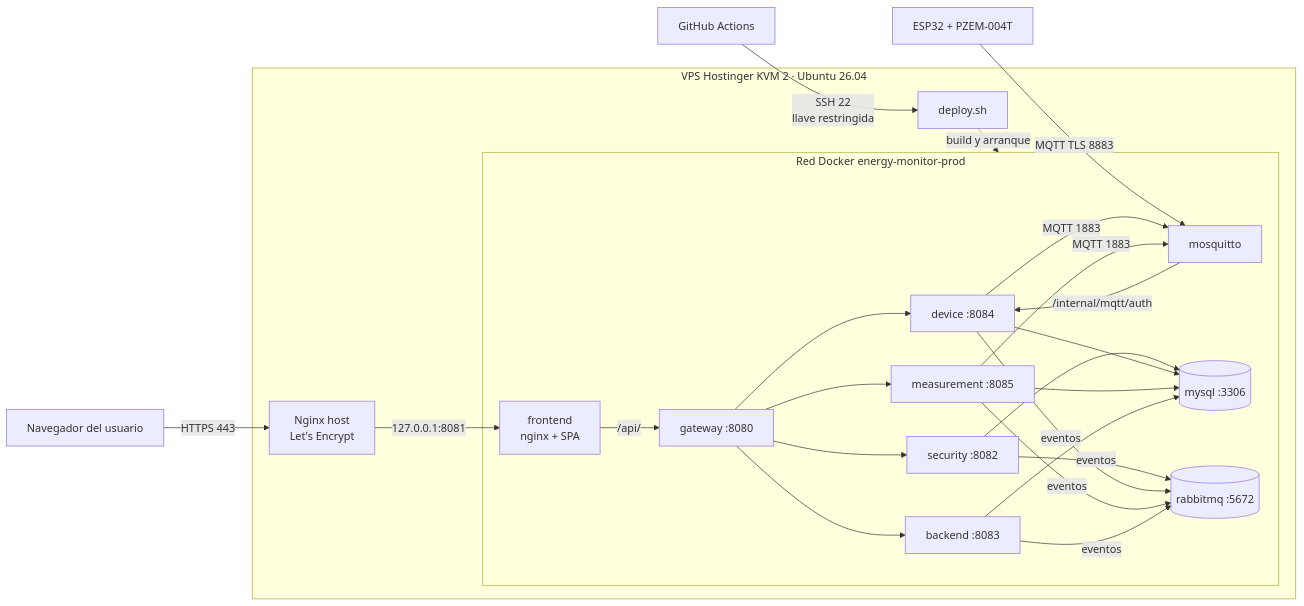
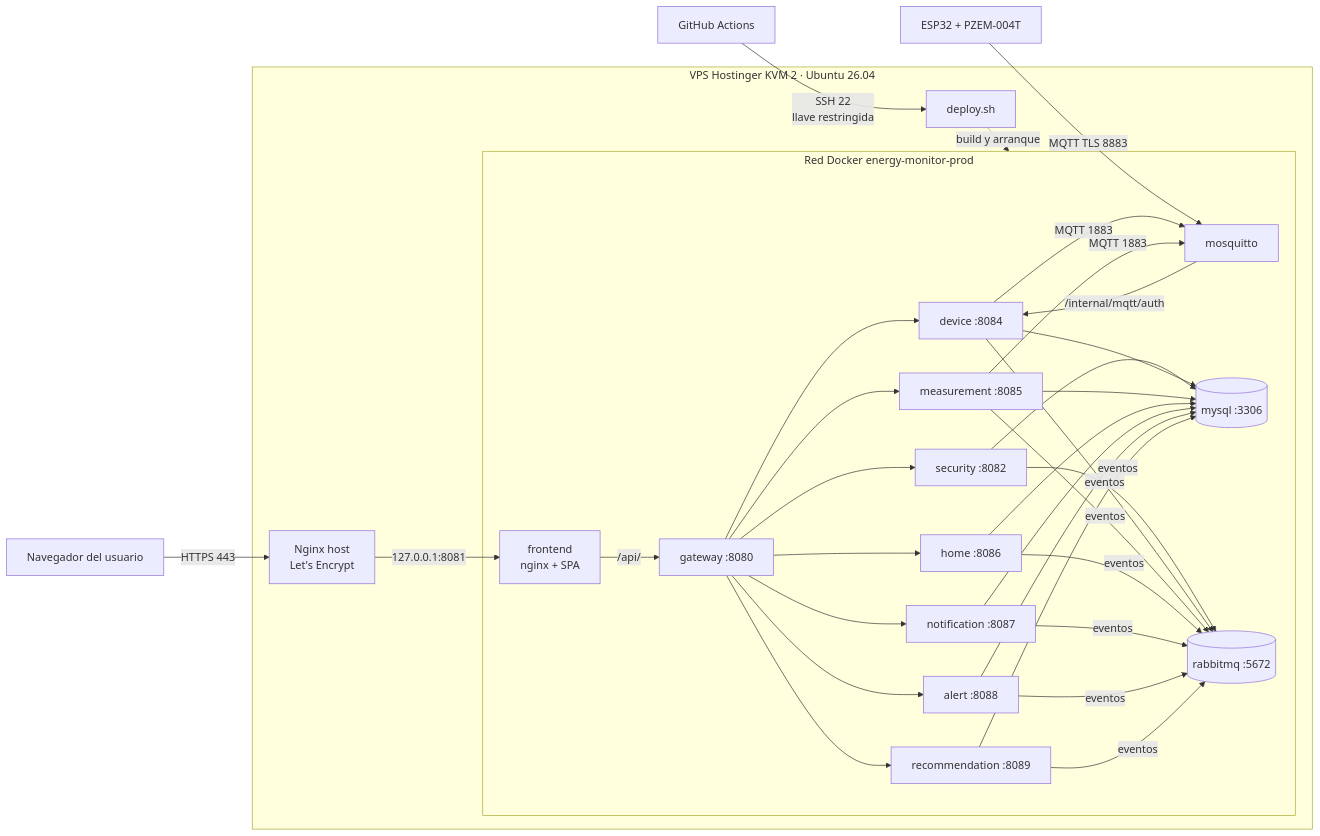
The first of 2 diagrams in 09-implementacion/ES/manual-implementacion-y-despliegue.md (Juan-Cortes2045/energy-monitor-docs-final), drawn with Mermaid before and after one commit. The commit also changed other lines of this file and 1 other file, not shown here.

````diff
--- a/09-implementacion/ES/manual-implementacion-y-despliegue.md
+++ b/09-implementacion/ES/manual-implementacion-y-despliegue.md
@@ -164,22 +178,25 @@
 ```mermaid
 flowchart LR
     U[Navegador del usuario] -- HTTPS 443 --> N[Nginx host<br/>Let's Encrypt]
     D[ESP32 + PZEM-004T] -- MQTT TLS 8883 --> M[mosquitto]
     GH[GitHub Actions] -- SSH 22<br/>llave restringida --> S[deploy.sh]
     subgraph VPS[VPS Hostinger KVM 2 · Ubuntu 26.04]
         N -- 127.0.0.1:8081 --> F[frontend<br/>nginx + SPA]
         S -. build y arranque .-> RED
         subgraph RED[Red Docker energy-monitor-prod]
             F -- /api/ --> G[gateway :8080]
             G --> SEC[security :8082]
             G --> DEV[device :8084]
             G --> MEA[measurement :8085]
-            G --> B[backend :8083]
-            SEC & DEV & MEA & B --> DB[(mysql :3306)]
-            SEC & DEV & MEA & B -- eventos --> Q[(rabbitmq :5672)]
+            G --> HOM[home :8086]
+            G --> NOT[notification :8087]
+            G --> ALE[alert :8088]
+            G --> REC[recommendation :8089]
+            SEC & DEV & MEA & HOM & NOT & ALE & REC --> DB[(mysql :3306)]
+            SEC & DEV & MEA & HOM & NOT & ALE & REC -- eventos --> Q[(rabbitmq :5672)]
             M -- /internal/mqtt/auth --> DEV
             DEV -- MQTT 1883 --> M
             MEA -- MQTT 1883 --> M
         end
     end
 ```
````
